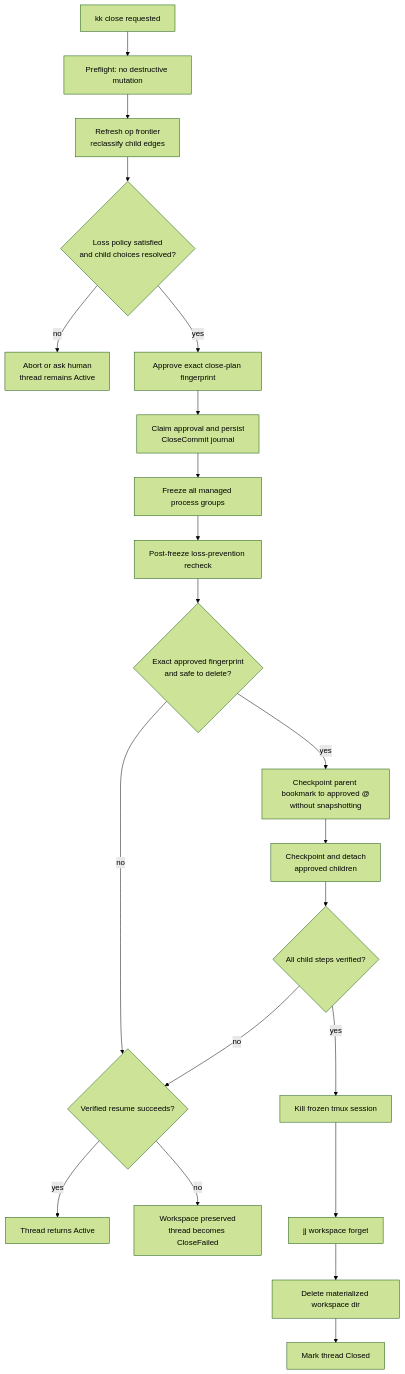
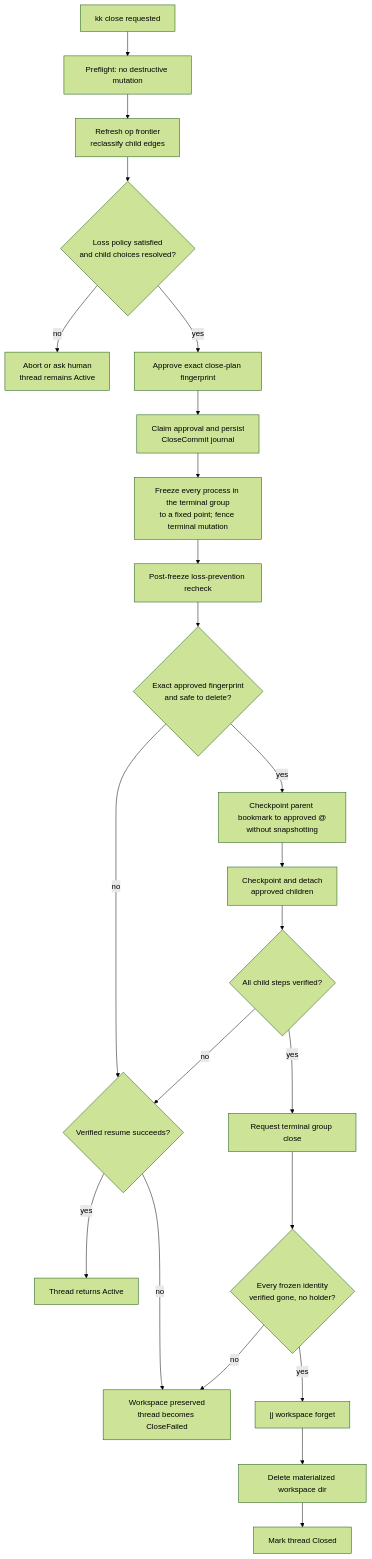
One commit to skeswa/kiki changed the third of 4 diagrams in docs/reference/book/03-threads.md. Above: the diagram before and after it, drawn with Mermaid (forest theme). The commit also changed other lines of this file and 46 other files, not shown here.

````diff
--- a/docs/reference/book/03-threads.md
+++ b/docs/reference/book/03-threads.md
@@ -162,23 +187,25 @@
 ```mermaid
 flowchart TD
     A[kk close requested] --> B[Preflight: no destructive mutation]
     B --> R[Refresh op frontier\nreclassify child edges]
     R --> C{Loss policy satisfied\nand child choices resolved?}
     C -- no --> D[Abort or ask human\nthread remains Active]
     C -- yes --> AP[Approve exact close-plan fingerprint]
     AP --> E[Claim approval and persist\nCloseCommit journal]
-    E --> F[Freeze all managed process groups]
+    E --> F[Freeze every process in the terminal group\nto a fixed point; fence terminal mutation]
     F --> G[Post-freeze loss-prevention recheck]
     G --> K{Exact approved fingerprint\nand safe to delete?}
     K -- no --> L{Verified resume succeeds?}
     L -- yes --> A1[Thread returns Active]
     L -- no --> A2[Workspace preserved\nthread becomes CloseFailed]
     K -- yes --> P[Checkpoint parent bookmark to approved @\nwithout snapshotting]
     P --> M[Checkpoint and detach\napproved children]
     M --> X{All child steps verified?}
     X -- no --> L
-    X -- yes --> Q[Kill frozen tmux session]
-    Q --> H[jj workspace forget]
+    X -- yes --> Q[Request terminal group close]
+    Q --> V{Every frozen identity\nverified gone, no holder?}
+    V -- no --> A2
+    V -- yes --> H[jj workspace forget]
     H --> I[Delete materialized workspace dir]
     I --> J[Mark thread Closed]
 ```
````
